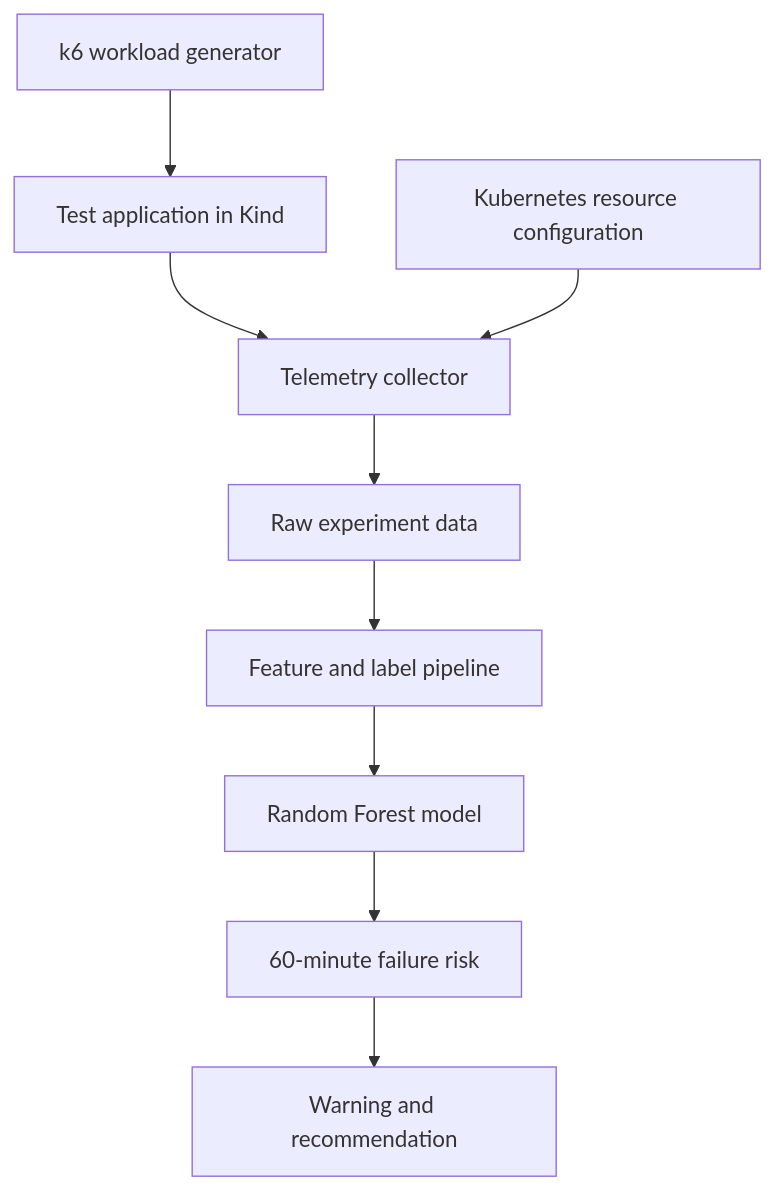
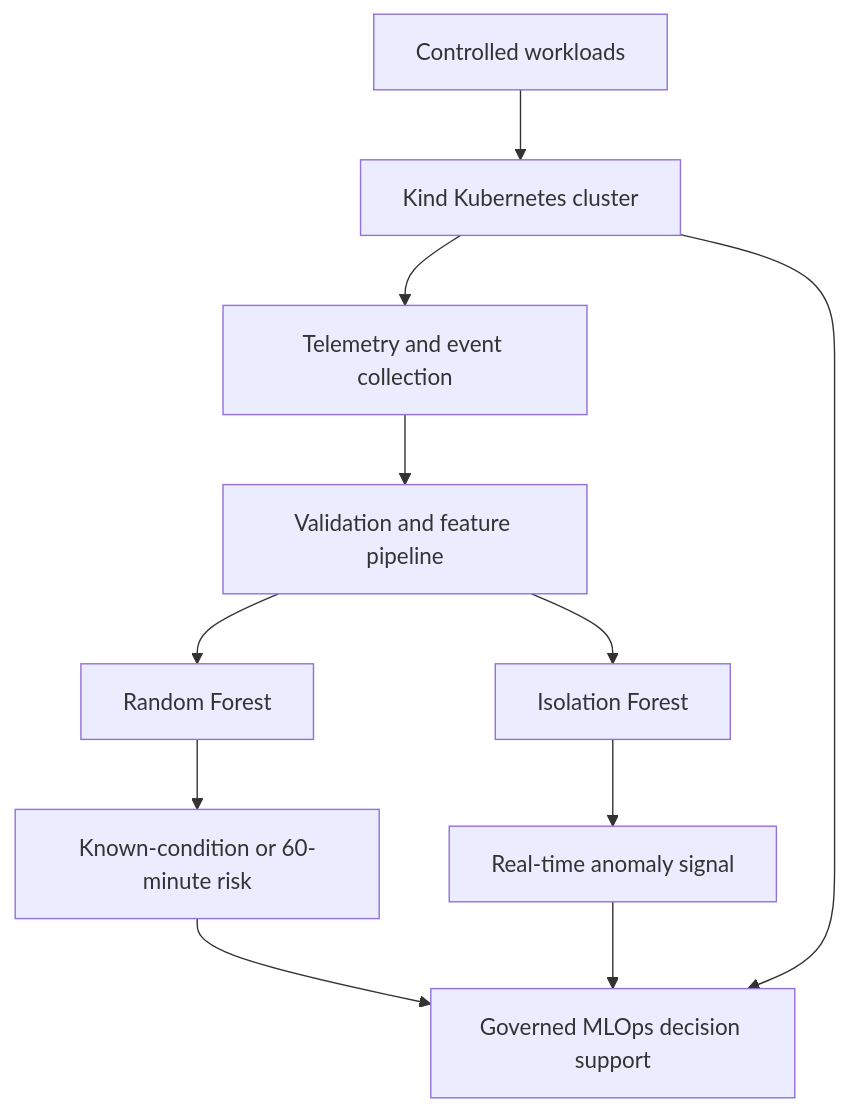
Before and after one commit to evarestigwe/MIT8212-SEMINAR: the diagram in README.md, drawn with Mermaid. The commit also changed other lines of this file, not shown here.

Commit message:
Update README with hybrid model results and verification guide

````diff
--- a/README.md
+++ b/README.md
@@ -65,11 +91,13 @@
 ```mermaid
 flowchart TD
-    A["k6 workload generator"] --> B["Test application in Kind"]
-    B --> C["Telemetry collector"]
-    D["Kubernetes resource configuration"] --> C
-    C --> E["Raw experiment data"]
-    E --> F["Feature and label pipeline"]
-    F --> G["Random Forest model"]
-    G --> H["60-minute failure risk"]
-    H --> I["Warning and recommendation"]
+    A["Controlled workloads"] --> B["Kind Kubernetes cluster"]
+    B --> C["Telemetry and event collection"]
+    C --> D["Validation and feature pipeline"]
+    D --> E["Random Forest"]
+    D --> F["Isolation Forest"]
+    E --> G["Known-condition or 60-minute risk"]
+    F --> H["Real-time anomaly signal"]
+    G --> I["Governed MLOps decision support"]
+    H --> I
+    B --> I
 ```
````
